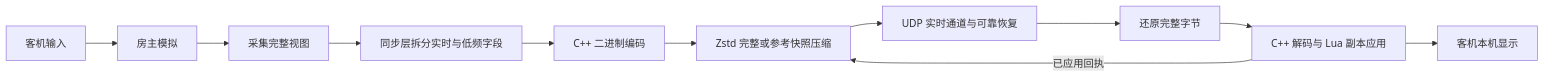
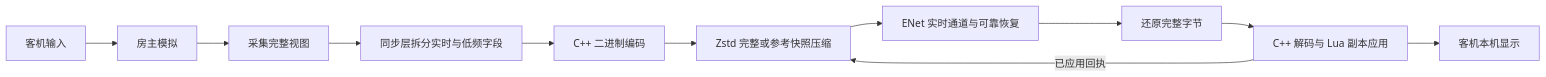
The diagram in docs/synchronization.md (BMingSY/isaac-lan), drawn with Mermaid before and after one commit. The commit also changed 57 other files, not shown here.

````diff
--- a/docs/synchronization.md
+++ b/docs/synchronization.md
@@ -7,13 +7,13 @@
 ```mermaid
 flowchart LR
     I[客机输入] --> H[房主模拟]
     H --> C[采集完整视图]
     C --> L[同步层拆分实时与低频字段]
     L --> E[C++ 二进制编码]
     E --> D[Zstd 完整或参考快照压缩]
-    D --> T[UDP 实时通道与可靠恢复]
+    D --> T[ENet 实时通道与可靠恢复]
     T --> R[还原完整字节]
     R --> A[C++ 解码与 Lua 副本应用]
     A --> P[客机本机显示]
     A -->|已应用回执| D
 ```
````
